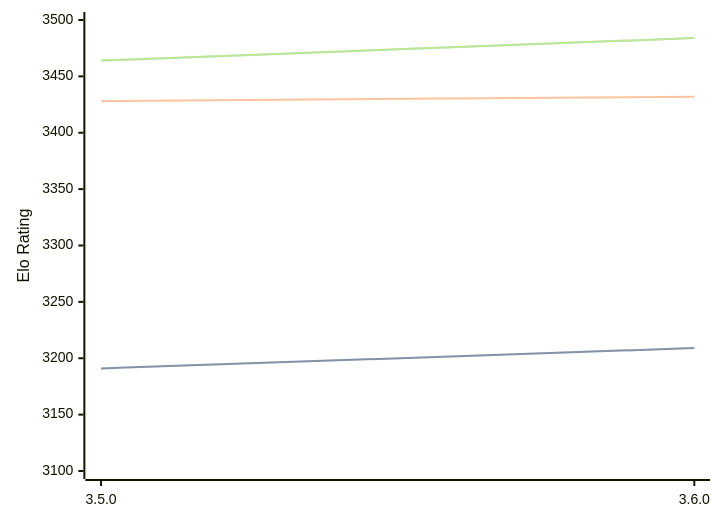
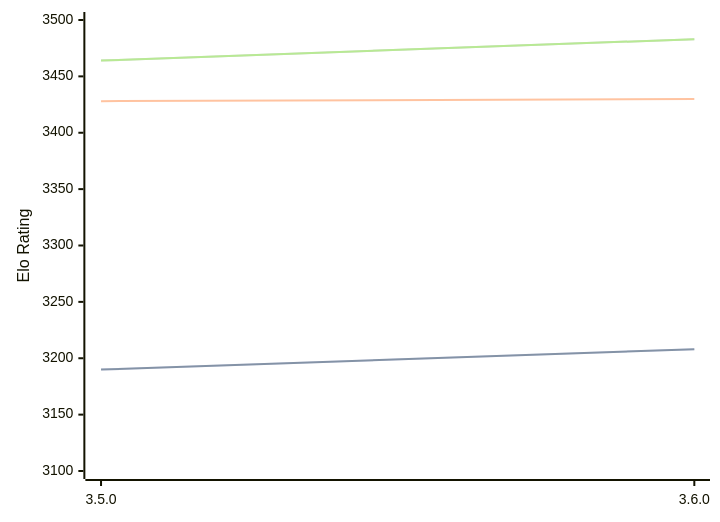
The diagram in engines/Igel.md (computer-chess-index/cci), drawn with Mermaid before and after one commit. The commit also changed other lines of this file, not shown here.

Commit message:
Update CCI Ratings (ELO VLTC) - 2026-03-30

````diff
--- a/engines/Igel.md
+++ b/engines/Igel.md
@@ -68,11 +68,11 @@
 ```mermaid
 %%{init: {"theme":"base","themeVariables":{"seriesColors:['#a3a3a3','#222221','#faa371']}}}%%
 xychart-beta
   x-axis ["3.5.0", "3.6.0"]
   y-axis "Elo Rating" 3100 --> 3500
-  line "STC (8.0+0.08s)" [3191, 3209]
-  line "STC (8.0+0.08s)" [3191, 3209]
-  line "LTC (60.0+0.60s)" [3428, 3432]
-  line "VLTC (2m24s+1.12s)" [3464, 3484]
-  line "VLTC (2m24s+1.12s)" [3464, 3484]
+  line "STC (8.0+0.08s)" [3190, 3208]
+  line "STC (8.0+0.08s)" [3190, 3208]
+  line "LTC (60.0+0.60s)" [3428, 3430]
+  line "VLTC (2m24s+1.12s)" [3464, 3483]
+  line "VLTC (2m24s+1.12s)" [3464, 3483]
 ```
````
